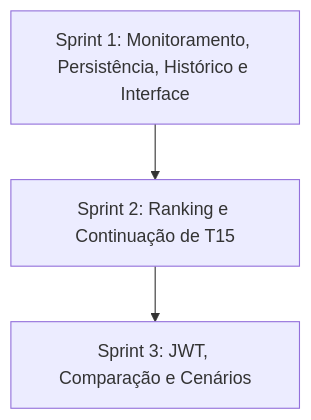
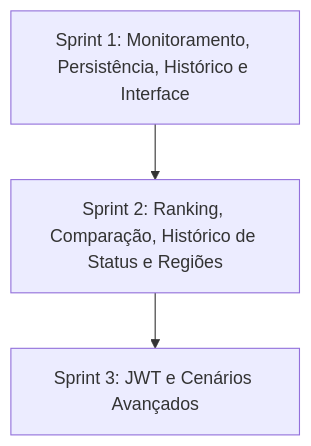
Before and after one commit to Team-Zero-DSM/GreenER: the diagram in README.md, drawn with Mermaid. The commit also changed other lines of this file and 3 other files, not shown here.

````diff
--- a/README.md
+++ b/README.md
@@ -141,5 +141,5 @@
 ```mermaid
 graph TD
-    S1[Sprint 1: Monitoramento, Persistência, Histórico e Interface] --> S2[Sprint 2: Ranking e Continuação de T15]
-    S2 --> S3[Sprint 3: JWT, Comparação e Cenários]
+    S1[Sprint 1: Monitoramento, Persistência, Histórico e Interface] --> S2[Sprint 2: Ranking, Comparação, Histórico de Status e Regiões]
+    S2 --> S3[Sprint 3: JWT e Cenários Avançados]
 ```
````
